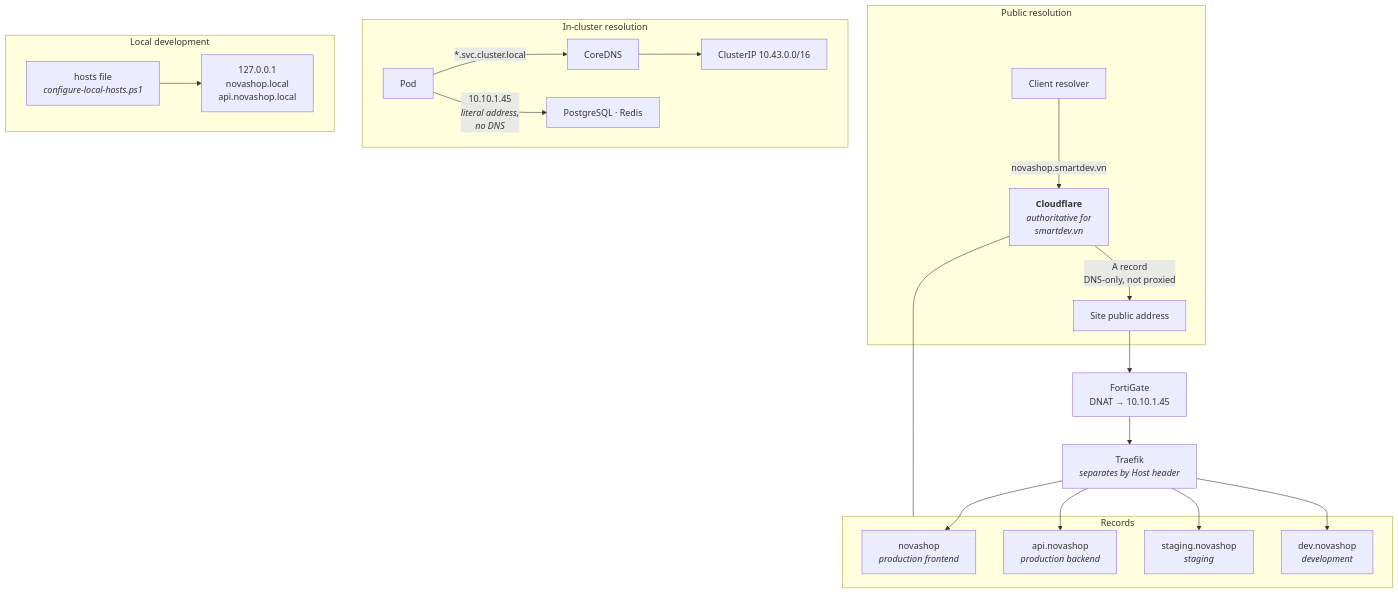
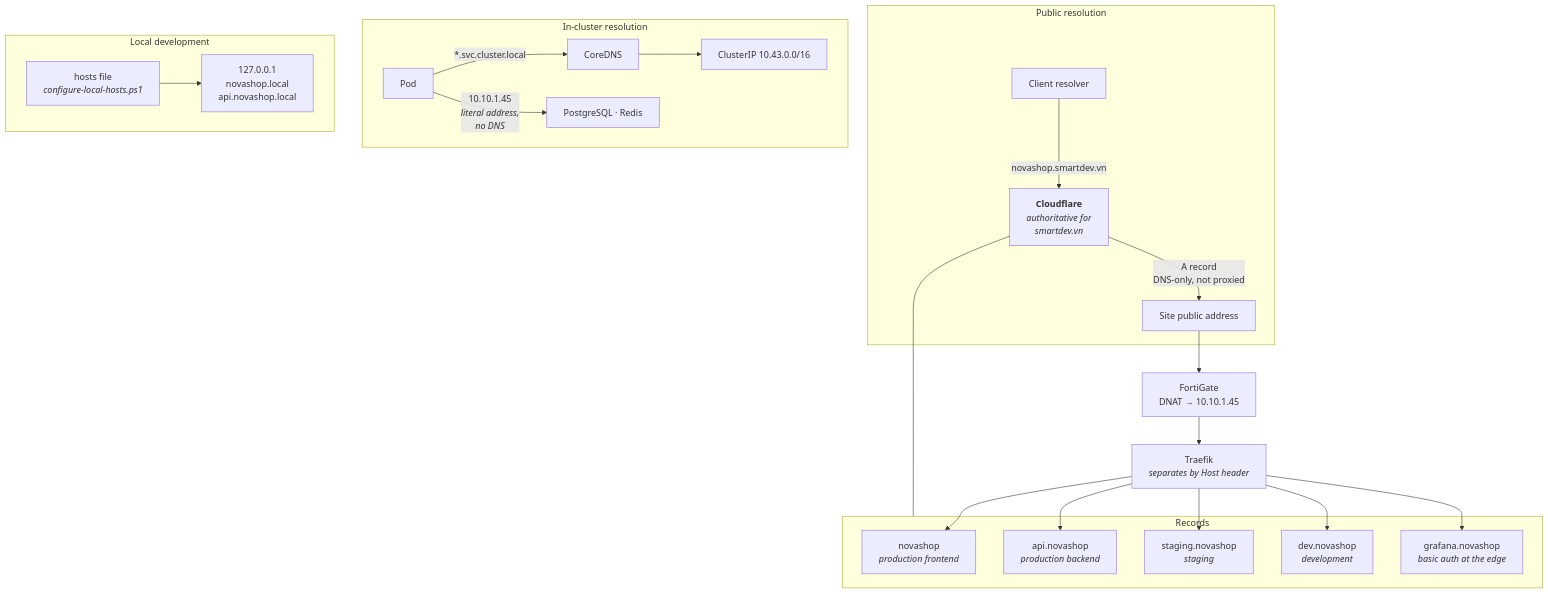
One commit to nguyenlpn2015/NovaShop changed the first of 2 diagrams in docs/architecture/dns.md. Above: the diagram before and after it, drawn with Mermaid. The commit also changed other lines of this file and 4 other files, not shown here.

````diff
--- a/docs/architecture/dns.md
+++ b/docs/architecture/dns.md
@@ -6,29 +6,30 @@
 ```mermaid
 flowchart TB
     subgraph public["Public resolution"]
         CL["Client resolver"] -->|"novashop.smartdev.vn"| CF["<b>Cloudflare</b><br/><i>authoritative for<br/>smartdev.vn</i>"]
         CF -->|"A record<br/>DNS-only, not proxied"| PUB["Site public address"]
     end
 
     subgraph records["Records"]
         R1["novashop<br/><i>production frontend</i>"]
         R2["api.novashop<br/><i>production backend</i>"]
         R3["staging.novashop<br/><i>staging</i>"]
         R4["dev.novashop<br/><i>development</i>"]
+        R5["grafana.novashop<br/><i>basic auth at the edge</i>"]
     end
 
     CF --- records
     PUB --> FG["FortiGate<br/>DNAT → 10.10.1.45"]
     FG --> TR["Traefik<br/><i>separates by Host header</i>"]
-    TR --> R1 & R2 & R3 & R4
+    TR --> R1 & R2 & R3 & R4 & R5
 
     subgraph internal["In-cluster resolution"]
         POD["Pod"] -->|"*.svc.cluster.local"| CD["CoreDNS"]
         CD --> CIP["ClusterIP 10.43.0.0/16"]
         POD -->|"10.10.1.45<br/><i>literal address,<br/>no DNS</i>"| HS["PostgreSQL · Redis"]
     end
 
     subgraph local["Local development"]
         HOSTS["hosts file<br/><i>configure-local-hosts.ps1</i>"] --> LOOP["127.0.0.1<br/>novashop.local<br/>api.novashop.local"]
     end
 ```
````
